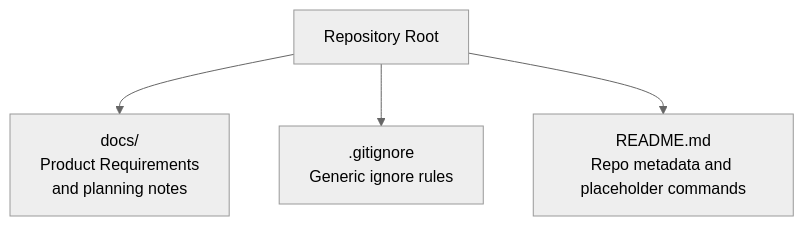
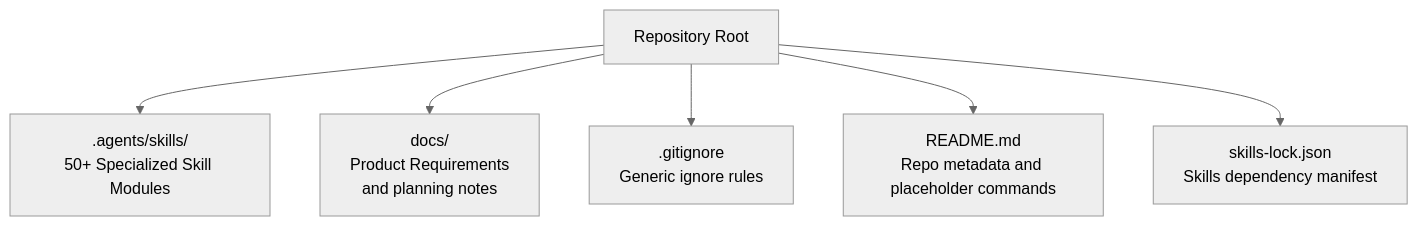
The first of 4 diagrams in .qoder/repowiki/en/content/Development Setup Guide.md (epo33m/scheduling), drawn with Mermaid (neutral theme) before and after one commit. The commit also changed other lines of this file and 28 other files, not shown here.

````diff
--- a/.qoder/repowiki/en/content/Development Setup Guide.md
+++ b/.qoder/repowiki/en/content/Development Setup Guide.md
@@ -34,10 +50,14 @@
 ```mermaid
 graph TB
 Root["Repository Root"]
+AgentsSkills[".agents/skills/<BR/>50+ Specialized Skill Modules"]
 Docs["docs/<BR/>Product Requirements<br/>and planning notes"]
 GitIgnore[".gitignore<BR/>Generic ignore rules"]
 Readme["README.md<BR/>Repo metadata and placeholder commands"]
+SkillsLock["skills-lock.json<BR/>Skills dependency manifest"]
+Root --> AgentsSkills
 Root --> Docs
 Root --> GitIgnore
 Root --> Readme
+Root --> SkillsLock
 ```
````
